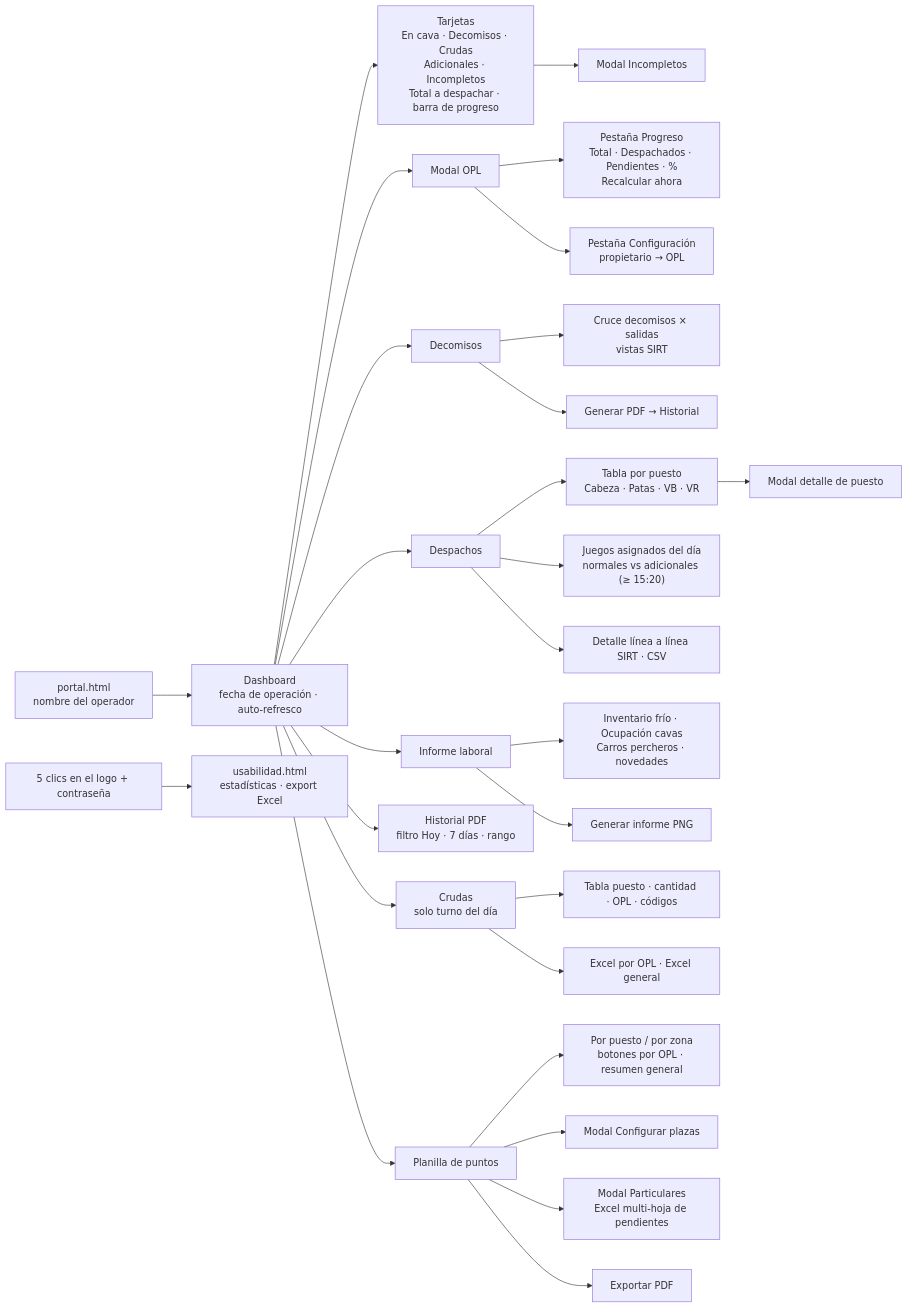
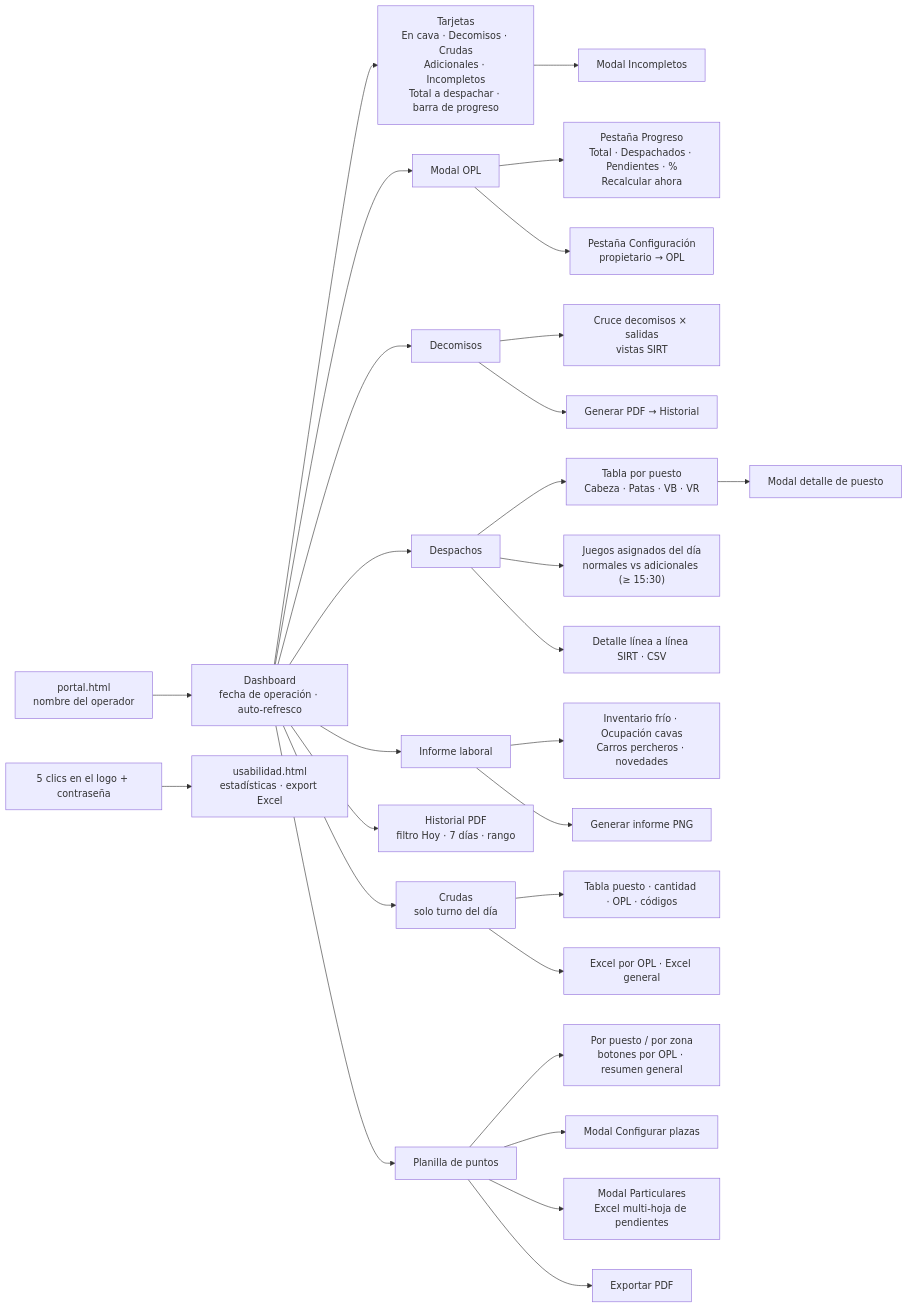
One commit to desarrollotecnologia/Colbeef-_Gestor-de-V-sceras changed the diagram in docs/diagrams/03-mapa-pantallas.md. Above: the diagram before and after it, drawn with Mermaid. The commit also changed 24 other files, not shown here.

````diff
--- a/docs/diagrams/03-mapa-pantallas.md
+++ b/docs/diagrams/03-mapa-pantallas.md
@@ -7,37 +7,37 @@
 ```mermaid
 flowchart LR
   portal["portal.html<br/>nombre del operador"] --> dash["Dashboard<br/>fecha de operación · auto-refresco"]
   logo["5 clics en el logo + contraseña"] --> usab["usabilidad.html<br/>estadísticas · export Excel"]
 
   dash --> tar["Tarjetas<br/>En cava · Decomisos · Crudas<br/>Adicionales · Incompletos<br/>Total a despachar · barra de progreso"]
   tar --> m_inc["Modal Incompletos"]
   dash --> m_opl["Modal OPL"]
   m_opl --> opl_prog["Pestaña Progreso<br/>Total · Despachados · Pendientes · %<br/>Recalcular ahora"]
   m_opl --> opl_cfg["Pestaña Configuración<br/>propietario → OPL"]
 
   dash --> deco["Decomisos"]
   deco --> deco_tab["Cruce decomisos × salidas<br/>vistas SIRT"]
   deco --> deco_pdf["Generar PDF → Historial"]
 
   dash --> desp["Despachos"]
   desp --> desp_tab["Tabla por puesto<br/>Cabeza · Patas · VB · VR"]
   desp_tab --> m_det["Modal detalle de puesto"]
-  desp --> desp_asig["Juegos asignados del día<br/>normales vs adicionales (≥ 15:20)"]
+  desp --> desp_asig["Juegos asignados del día<br/>normales vs adicionales (≥ 15:30)"]
   desp --> desp_diag["Detalle línea a línea SIRT · CSV"]
 
   dash --> inf["Informe laboral"]
   inf --> inf_tabs["Inventario frío · Ocupación cavas<br/>Carros percheros · novedades"]
   inf --> inf_png["Generar informe PNG"]
 
   dash --> hist["Historial PDF<br/>filtro Hoy · 7 días · rango"]
 
   dash --> crud["Crudas<br/>solo turno del día"]
   crud --> crud_tab["Tabla puesto · cantidad · OPL · códigos"]
   crud --> crud_xls["Excel por OPL · Excel general"]
 
   dash --> plan["Planilla de puntos"]
   plan --> plan_vista["Por puesto / por zona<br/>botones por OPL · resumen general"]
   plan --> m_plazas["Modal Configurar plazas"]
   plan --> m_part["Modal Particulares<br/>Excel multi-hoja de pendientes"]
   plan --> plan_pdf["Exportar PDF"]
 ```
````
